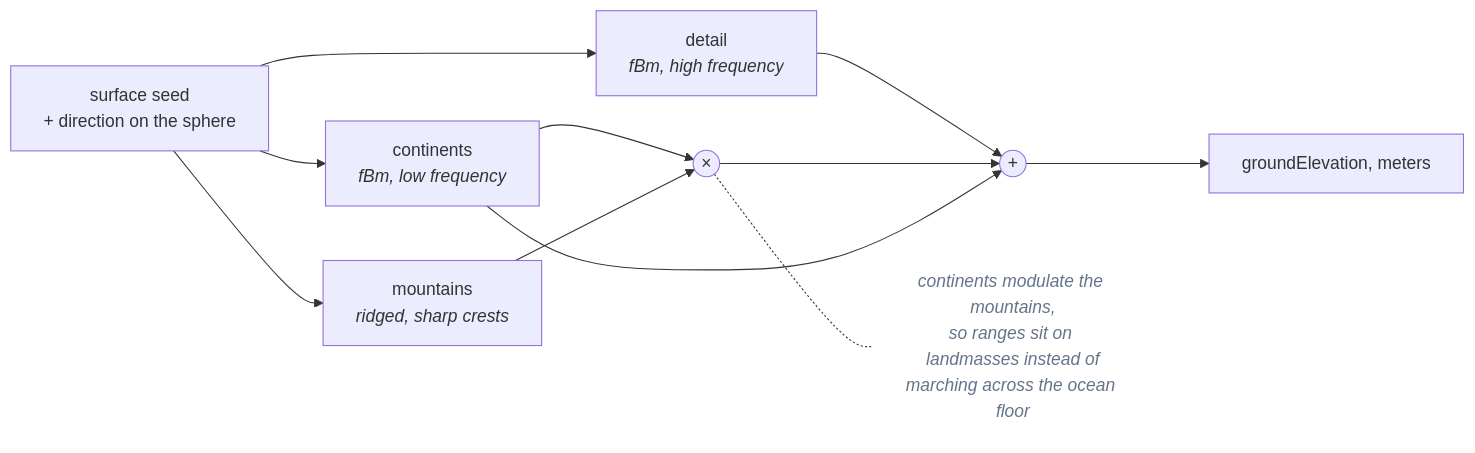
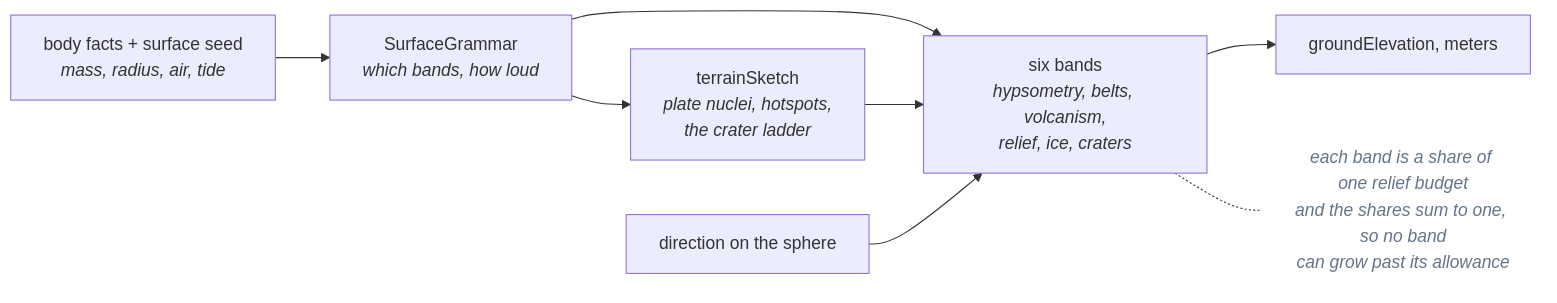
The third of 3 diagrams in docs/concepts/determinism.md (jonjaques/inertialref), drawn with Mermaid before and after one commit. The commit also changed other lines of this file and 65 other files, not shown here.

First line of the commit message:
The ground is a geology, not three bands of noise (#34)

````diff
--- a/docs/concepts/determinism.md
+++ b/docs/concepts/determinism.md
@@ -128,16 +130,13 @@
 ```mermaid
 flowchart LR
-    IN["surface seed<br/>+ direction on the sphere"] --> N1["continents<br/><i>fBm, low frequency</i>"]
-    IN --> N2["mountains<br/><i>ridged, sharp crests</i>"]
-    IN --> N3["detail<br/><i>fBm, high frequency</i>"]
-    N1 --> MIX(("×"))
-    N2 --> MIX
-    N3 --> SUM(("+"))
-    MIX --> SUM
-    N1 --> SUM
-    SUM --> OUT["groundElevation, meters"]
+    IN["body facts + surface seed<br/><i>mass, radius, air, tide</i>"] --> G["SurfaceGrammar<br/><i>which bands, how loud</i>"]
+    G --> SK["terrainSketch<br/><i>plate nuclei, hotspots,<br/>the crater ladder</i>"]
+    G --> B["six bands<br/><i>hypsometry, belts, volcanism,<br/>relief, ice, craters</i>"]
+    SK --> B
+    D["direction on the sphere"] --> B
+    B --> OUT["groundElevation, meters"]
 
-    MIX -.- NOTE["continents modulate the mountains,<br/>so ranges sit on landmasses instead of<br/>marching across the ocean floor"]
+    B -.- NOTE["each band is a share of one relief budget<br/>and the shares sum to one, so no band<br/>can grow past its allowance"]
     classDef note fill:none,stroke:none,color:#64748b,font-style:italic
     class NOTE note
 ```
````
